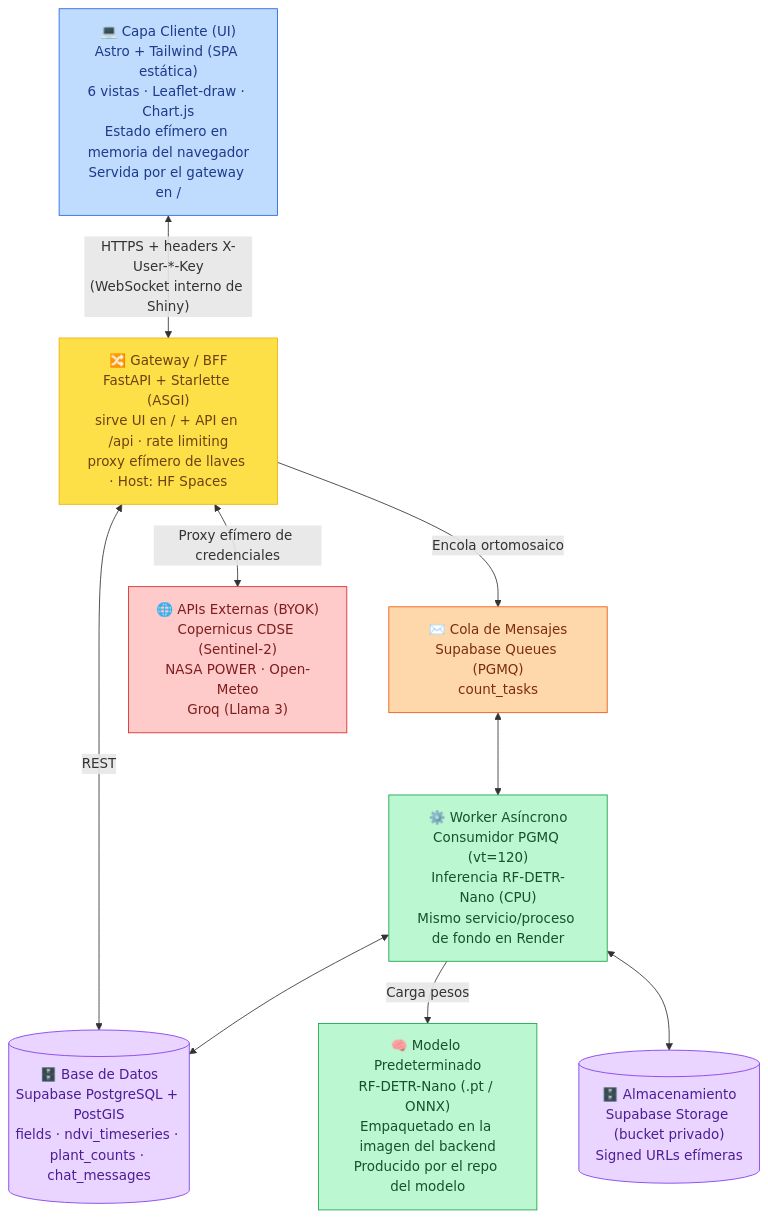
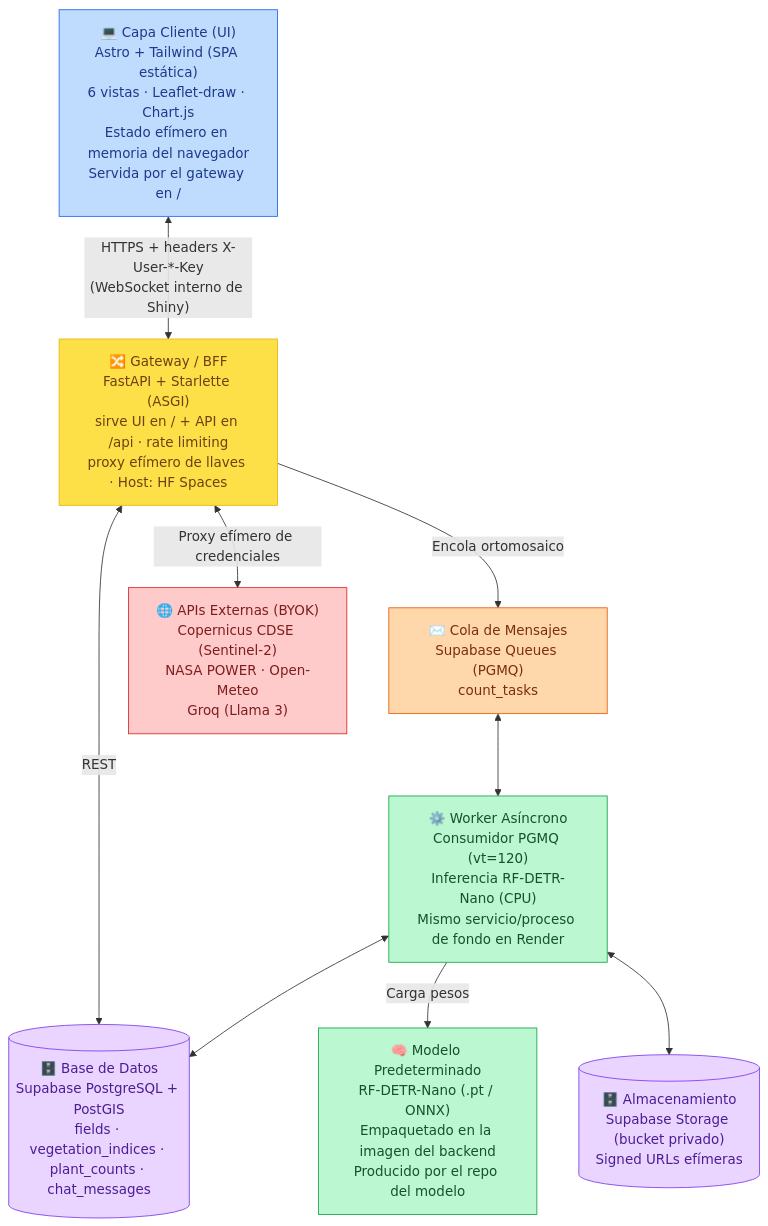
Before and after one commit to AlexPrietoRomani/AgroVision: the first of 3 diagrams in docs/reference/description_proyecto_agrovision.md, drawn with Mermaid. The commit also changed other lines of this file and 2 other files, not shown here.

First line of the commit message:
docs(architecture): actualiza ER y tablas tras eliminar ndvi_timeseries

````diff
--- a/docs/reference/description_proyecto_agrovision.md
+++ b/docs/reference/description_proyecto_agrovision.md
@@ -40,33 +40,33 @@
 ```mermaid
 flowchart TD
     classDef frontend fill:#BFDBFE,stroke:#2563EB,color:#1E3A8A
     classDef gateway fill:#FDE047,stroke:#EAB308,color:#713F12
     classDef service fill:#BBF7D0,stroke:#16A34A,color:#14532D
     classDef broker fill:#FED7AA,stroke:#EA580C,color:#7C2D12
     classDef db fill:#E9D5FF,stroke:#7C3AED,color:#4C1D95
     classDef ext fill:#FECACA,stroke:#DC2626,color:#7F1D1D
 
     UI["💻 Capa Cliente (UI)<br/>Astro + Tailwind (SPA estática)<br/>6 vistas · Leaflet-draw · Chart.js<br/>Estado efímero en memoria del navegador<br/>Servida por el gateway en /"]:::frontend
 
     GW["🔀 Gateway / BFF<br/>FastAPI + Starlette (ASGI)<br/>sirve UI en / + API en /api · rate limiting<br/>proxy efímero de llaves · Host: HF Spaces"]:::gateway
 
     WK["⚙️ Worker Asíncrono<br/>Consumidor PGMQ (vt=120)<br/>Inferencia RF-DETR-Nano (CPU)<br/>Mismo servicio/proceso de fondo en Render"]:::service
 
     Q["✉️ Cola de Mensajes<br/>Supabase Queues (PGMQ)<br/>count_tasks"]:::broker
 
-    DB[("🗄️ Base de Datos<br/>Supabase PostgreSQL + PostGIS<br/>fields · ndvi_timeseries · plant_counts · chat_messages")]:::db
+    DB[("🗄️ Base de Datos<br/>Supabase PostgreSQL + PostGIS<br/>fields · vegetation_indices · plant_counts · chat_messages")]:::db
     ST[("🗄️ Almacenamiento<br/>Supabase Storage (bucket privado)<br/>Signed URLs efímeras")]:::db
 
     MODEL["🧠 Modelo Predeterminado<br/>RF-DETR-Nano (.pt / ONNX)<br/>Empaquetado en la imagen del backend<br/>Producido por el repo del modelo"]:::service
 
     EXT["🌐 APIs Externas (BYOK)<br/>Copernicus CDSE (Sentinel-2)<br/>NASA POWER · Open-Meteo<br/>Groq (Llama 3)"]:::ext
 
     UI <-->|"HTTPS + headers X-User-*-Key<br/>(WebSocket interno de Shiny)"| GW
     GW <-->|REST| DB
     GW -->|"Encola ortomosaico"| Q
     Q <--> WK
     WK -->|"Carga pesos"| MODEL
     WK <--> ST
     WK <--> DB
     GW <-->|"Proxy efímero de credenciales"| EXT
 ```
````
